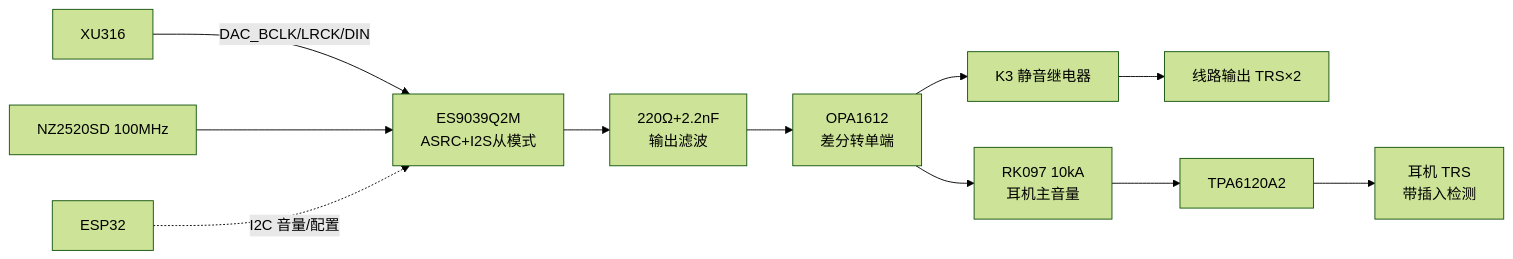
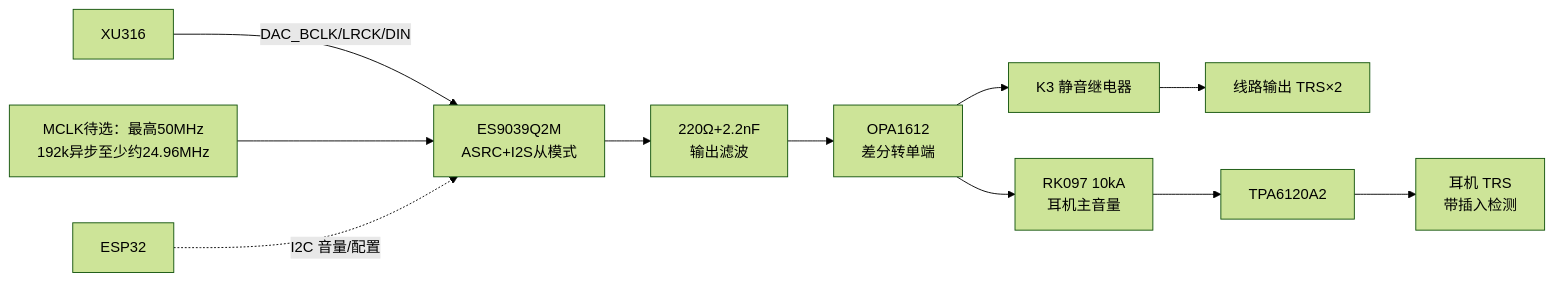
One commit to keven1229/asio-sound-card changed the second of 2 diagrams in docs/schematic/04-dac-outputs.md. Above: the diagram before and after it, drawn with Mermaid (forest theme). The commit also changed other lines of this file and 145 other files, not shown here.

Commit message:
Add Rev A schematic drafts, datasheet audits, and development tooling

````diff
--- a/docs/schematic/04-dac-outputs.md
+++ b/docs/schematic/04-dac-outputs.md
@@ -5,8 +39,8 @@
 ```mermaid
 flowchart LR
   XU["XU316"] --"DAC_BCLK/LRCK/DIN"--> DAC["ES9039Q2M<br/>ASRC+I2S从模式"]
-  OSC["NZ2520SD 100MHz"] --> DAC
+  OSC["MCLK待选：最高50MHz<br/>192k异步至少约24.96MHz"] --> DAC
   DAC --> F["220Ω+2.2nF<br/>输出滤波"] --> OPA["OPA1612<br/>差分转单端"] --> K3["K3 静音继电器"] --> J6["线路输出 TRS×2"]
   OPA --> RV["RK097 10kA<br/>耳机主音量"] --> HP["TPA6120A2"] --> J7["耳机 TRS<br/>带插入检测"]
   ESP["ESP32"] -.I2C 音量/配置.-> DAC
 ```
````
